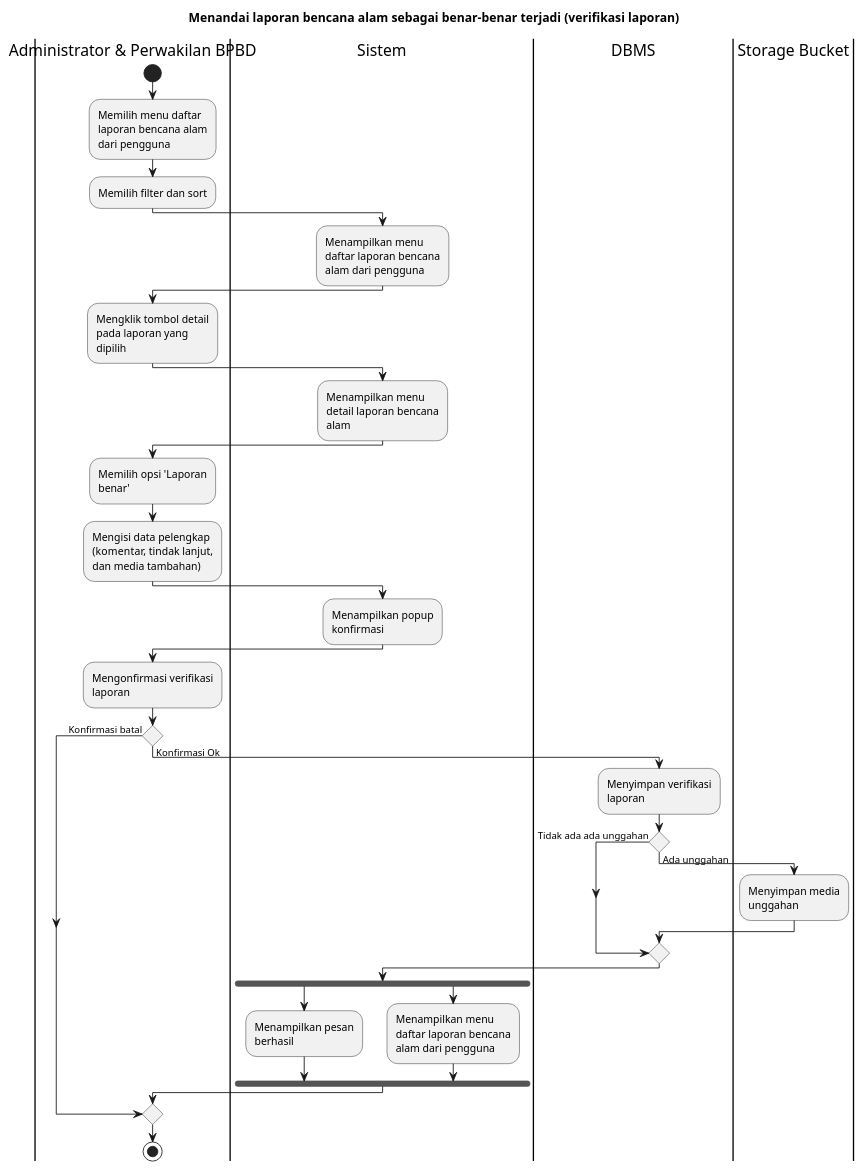
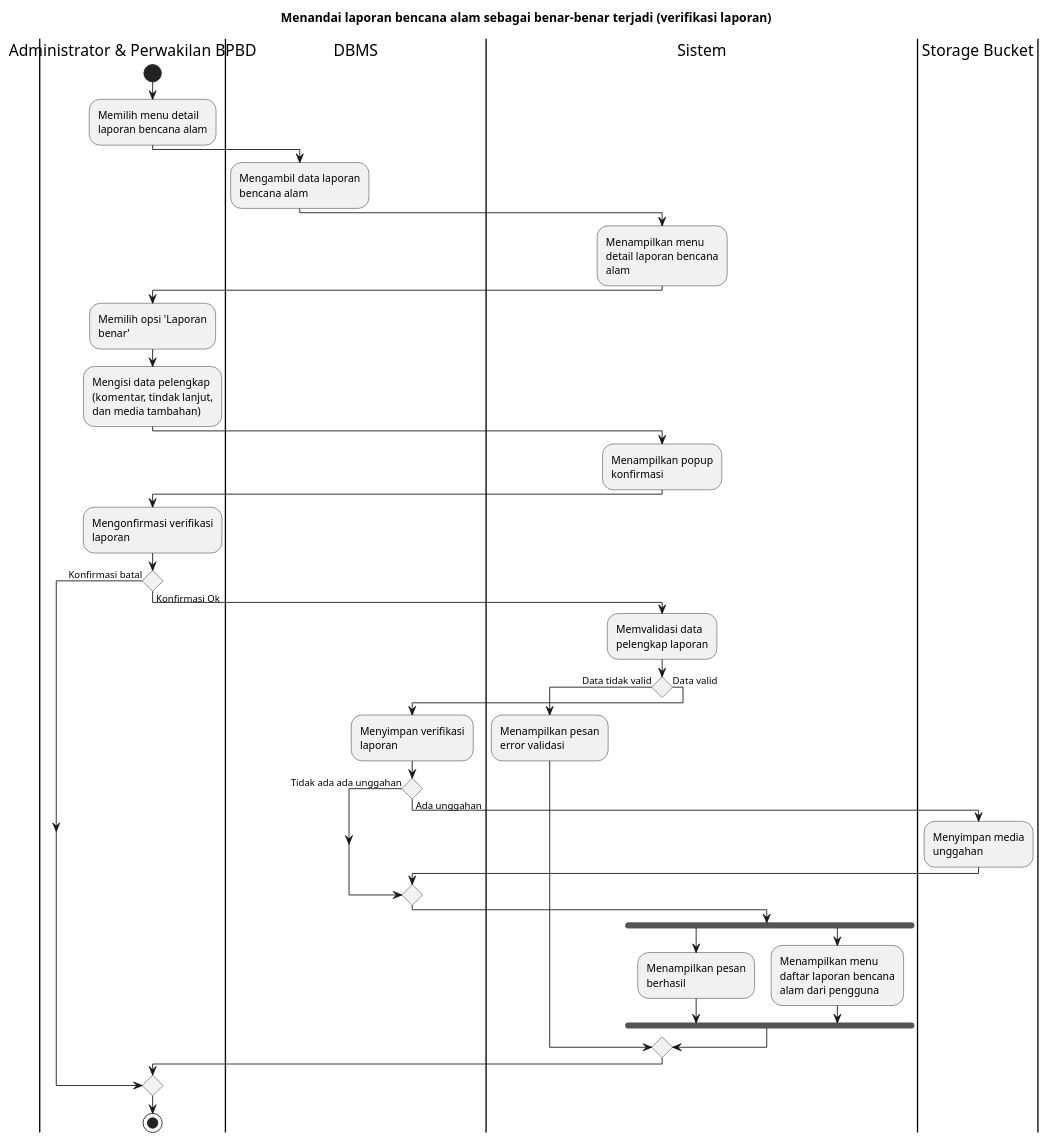
The diagram in Activity Diagrams/UC-MGDISASTER - Manajemen Data Bencana/UC-MGDISASTER-003 - Menandai laporan bencana alam sebagai benar-benar terjadi.puml (bagusNA/appl-diagrams), drawn with PlantUML before and after one commit. The commit also changed 112 other files, not shown here.

Commit message:
feat: overhaul activity diagrams

```diff
--- a/Activity Diagrams/UC-MGDISASTER - Manajemen Data Bencana/UC-MGDISASTER-003 - Menandai laporan bencana alam sebagai benar-benar terjadi.puml
+++ b/Activity Diagrams/UC-MGDISASTER - Manajemen Data Bencana/UC-MGDISASTER-003 - Menandai laporan bencana alam sebagai benar-benar terjadi.puml
@@ -1,52 +1,55 @@
 @startuml UC-MGDISASTER-003 - Menandai laporan bencana alam sebagai benar-benar terjadi (verifikasi laporan)
 skinparam wrapWidth 140
 
 title Menandai laporan bencana alam sebagai benar-benar terjadi (verifikasi laporan)
 
 |Administrator & Perwakilan BPBD|
 start
-:Memilih menu daftar laporan bencana alam dari pengguna;
-:Memilih filter dan sort;
+:Memilih menu detail laporan bencana alam;
 
-|Sistem|
-:Menampilkan menu daftar laporan bencana alam dari pengguna;
-
-|Administrator & Perwakilan BPBD|
-:Mengklik tombol detail pada laporan yang dipilih;
+|DBMS|
+:Mengambil data laporan bencana alam;
 
 |Sistem|
 :Menampilkan menu detail laporan bencana alam;
 
 |Administrator & Perwakilan BPBD|
 :Memilih opsi 'Laporan benar';
 :Mengisi data pelengkap (komentar, tindak lanjut, dan media tambahan);
 
 |Sistem|
 :Menampilkan popup konfirmasi;
 
 |Administrator & Perwakilan BPBD|
 :Mengonfirmasi verifikasi laporan;
 
 if () then (Konfirmasi batal)
 else (Konfirmasi Ok)
-  |DBMS|
-  :Menyimpan verifikasi laporan;
+  |Sistem|
+  :Memvalidasi data pelengkap laporan;
 
-  if () then (Tidak ada ada unggahan)
-  else (Ada unggahan)
-    |Storage Bucket|
-    :Menyimpan media unggahan;
+  if () then (Data tidak valid)
+    :Menampilkan pesan error validasi;
+  else (Data valid)
+    |DBMS|
+    :Menyimpan verifikasi laporan;
+
+    if () then (Tidak ada ada unggahan)
+    else (Ada unggahan)
+      |Storage Bucket|
+      :Menyimpan media unggahan;
+    endif
+  
+    |Sistem|
+    fork
+      :Menampilkan pesan berhasil;
+    fork again
+      :Menampilkan menu daftar laporan bencana alam dari pengguna;
+    endfork
   endif
- 
-  |Sistem|
-  fork
-    :Menampilkan pesan berhasil;
-  fork again
-    :Menampilkan menu daftar laporan bencana alam dari pengguna;
-  endfork
 endif
 
 |Administrator & Perwakilan BPBD|
 stop
 
 @enduml
```
